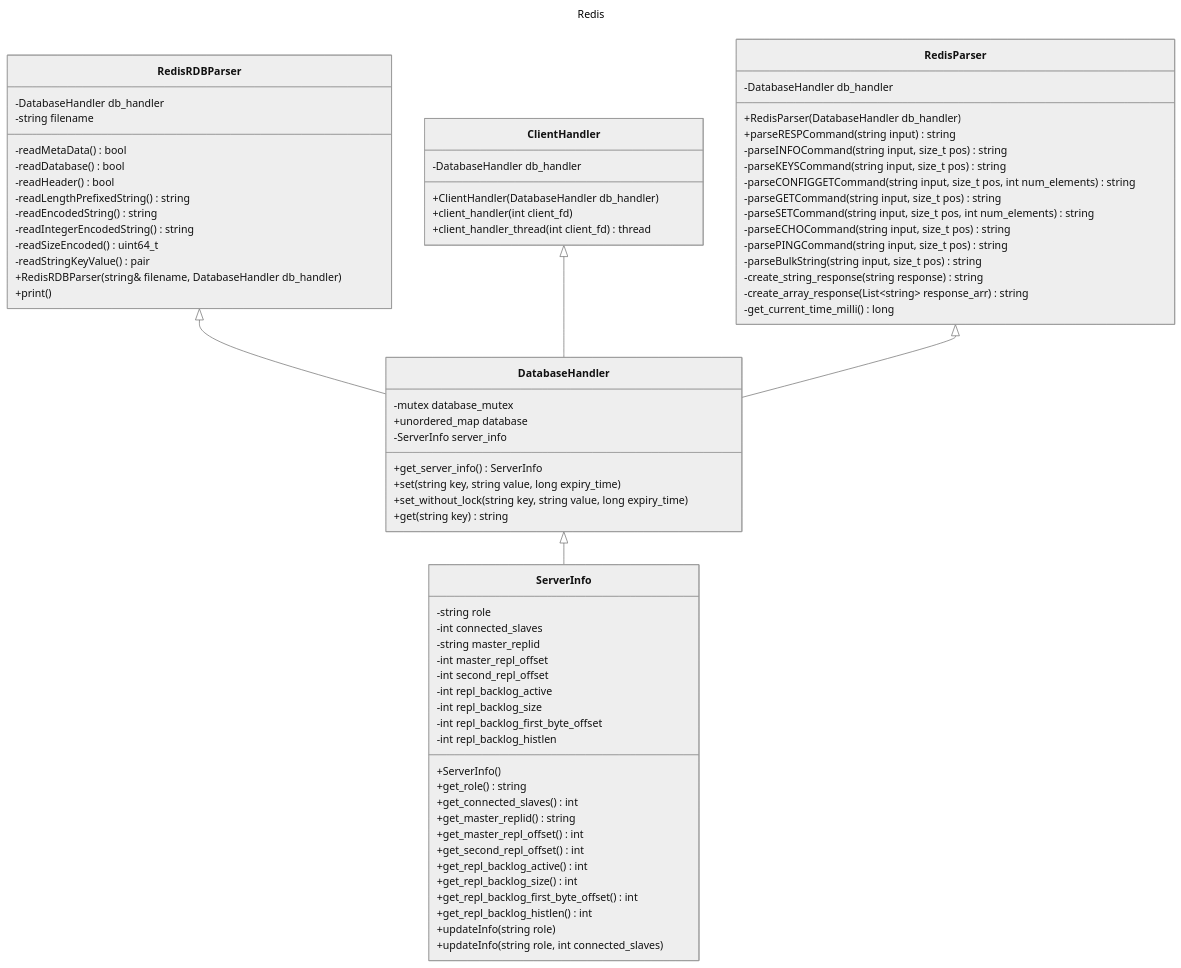
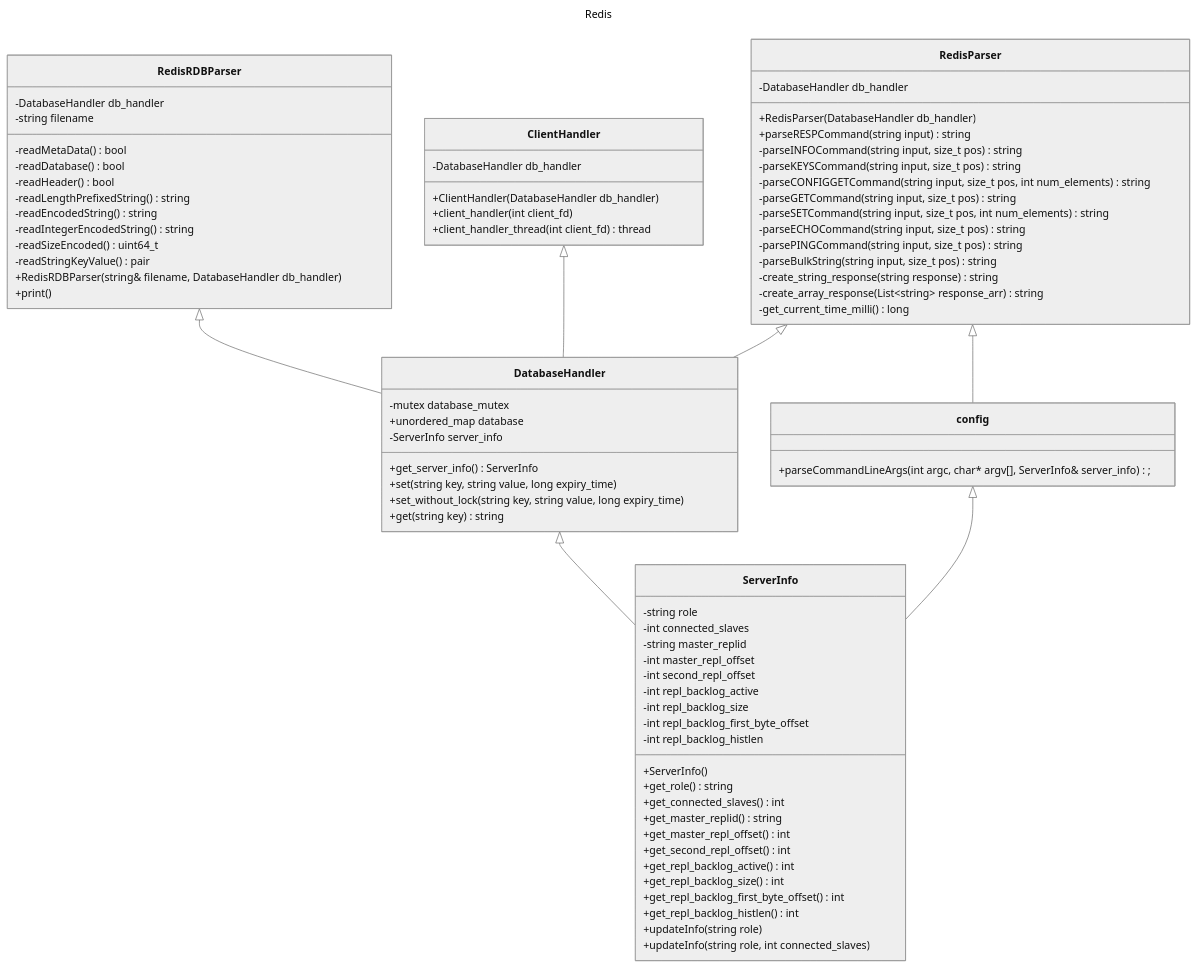
The diagram in class_diagram.md (aniketmahajan20/aniketmahajan20-redis-cpp), drawn with Mermaid (neutral theme) before and after one commit.

Commit message:
added config architecture to class diagram

````diff
--- a/class_diagram.md
+++ b/class_diagram.md
@@ -8,6 +8,8 @@
     ClientHandler <|-- DatabaseHandler
     RedisParser <|-- DatabaseHandler
     DatabaseHandler <|-- ServerInfo
+    config <|-- ServerInfo
+    RedisParser <|-- config
     class RedisRDBParser{
         -DatabaseHandler db_handler
         -string filename
@@ -76,5 +78,8 @@
         -int repl_backlog_first_byte_offset
         -int repl_backlog_histlen
     }
+    class config{
+        +parseCommandLineArgs(int argc, char* argv[], ServerInfo& server_info);
+    }
 
 ```
````
